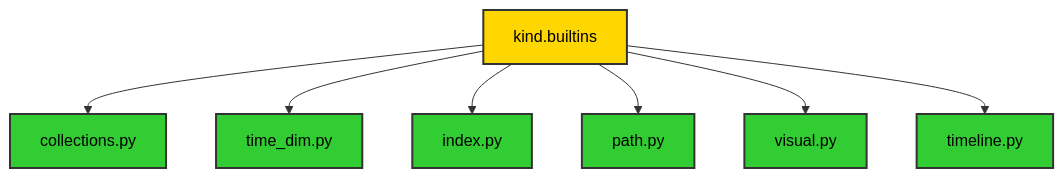
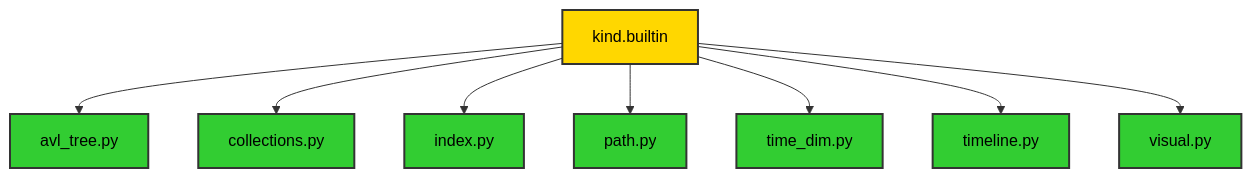
One commit to ikko/kind changed the second of 2 diagrams in docs/topics/3_layered_architecture/index.md. Above: the diagram before and after it, drawn with Mermaid. The commit also changed other lines of this file and 62 other files, not shown here.

````diff
--- a/docs/topics/3_layered_architecture/index.md
+++ b/docs/topics/3_layered_architecture/index.md
@@ -34,17 +54,19 @@
 ```mermaid
 graph TD
-    A[kind.builtins] --> B[collections.py];
-    A --> C[time_dim.py];
+    A[kind.builtin] --> B[avl_tree.py];
+    A --> C[collections.py];
     A --> D[index.py];
     A --> E[path.py];
-    A --> F[visual.py];
+    A --> F[time_dim.py];
     A --> G[timeline.py];
+    A --> H[visual.py];
 
     style A fill:#FFD700,stroke:#333,stroke-width:2px,color:#000000;
     style B fill:#32CD32,stroke:#333,stroke-width:2px,color:#000000;
     style C fill:#32CD32,stroke:#333,stroke-width:2px,color:#000000;
     style D fill:#32CD32,stroke:#333,stroke-width:2px,color:#000000;
     style E fill:#32CD32,stroke:#333,stroke-width:2px,color:#000000;
     style F fill:#32CD32,stroke:#333,stroke-width:2px,color:#000000;
     style G fill:#32CD32,stroke:#333,stroke-width:2px,color:#000000;
+    style H fill:#32CD32,stroke:#333,stroke-width:2px,color:#000000;
 ```
````
